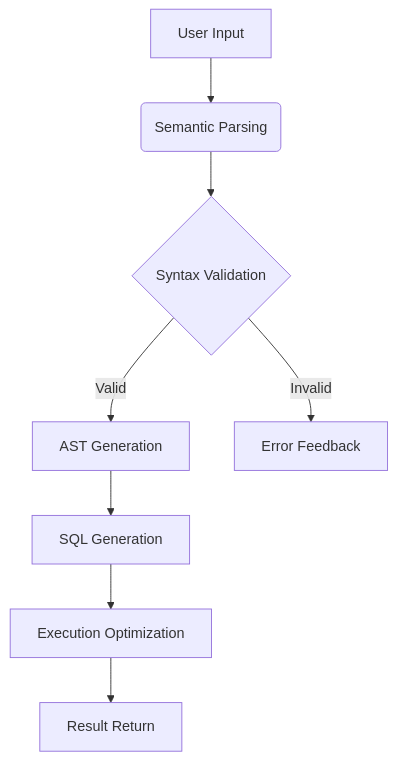
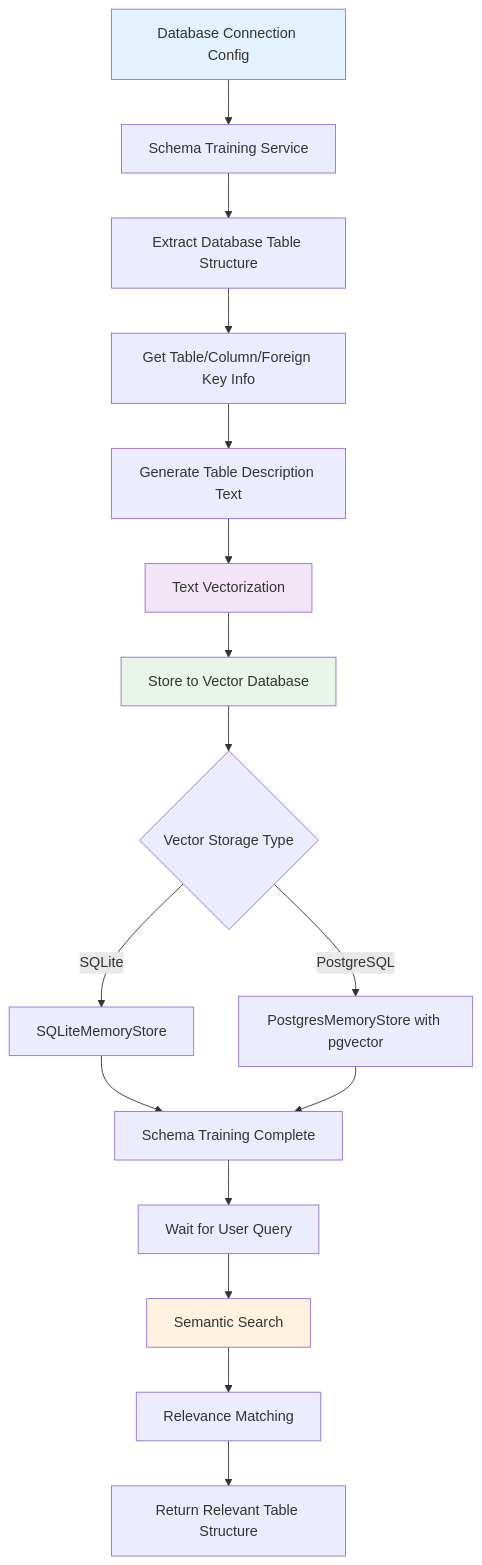
The second of 3 diagrams in README.en.md (ichichchch/Text2Sql.Net), drawn with Mermaid before and after one commit. The commit also changed other lines of this file and 2 other files, not shown here.

````diff
--- a/README.en.md
+++ b/README.en.md
@@ -46,10 +85,27 @@
 ```mermaid
 flowchart TD
-    A[User Input] --> B(Semantic Parsing)
-    B --> C{Syntax Validation}
-    C -->|Valid| D[AST Generation]
-    C -->|Invalid| E[Error Feedback]
-    D --> F[SQL Generation]
-    F --> G[Execution Optimization]
-    G --> H[Result Return]
+    A[Database Connection Config] --> B[Schema Training Service]
+    B --> C[Extract Database Table Structure]
+    C --> D[Get Table/Column/Foreign Key Info]
+    D --> E[Generate Table Description Text]
+    
+    E --> F[Text Vectorization]
+    F --> G[Store to Vector Database]
+    
+    G --> H{Vector Storage Type}
+    H -->|SQLite| I[SQLiteMemoryStore]
+    H -->|PostgreSQL| J[PostgresMemoryStore with pgvector]
+    
+    I --> K[Schema Training Complete]
+    J --> K
+    
+    K --> L[Wait for User Query]
+    L --> M[Semantic Search]
+    M --> N[Relevance Matching]
+    N --> O[Return Relevant Table Structure]
+    
+    style A fill:#e3f2fd
+    style F fill:#f3e5f5
+    style G fill:#e8f5e8
+    style M fill:#fff3e0
 ```
````
